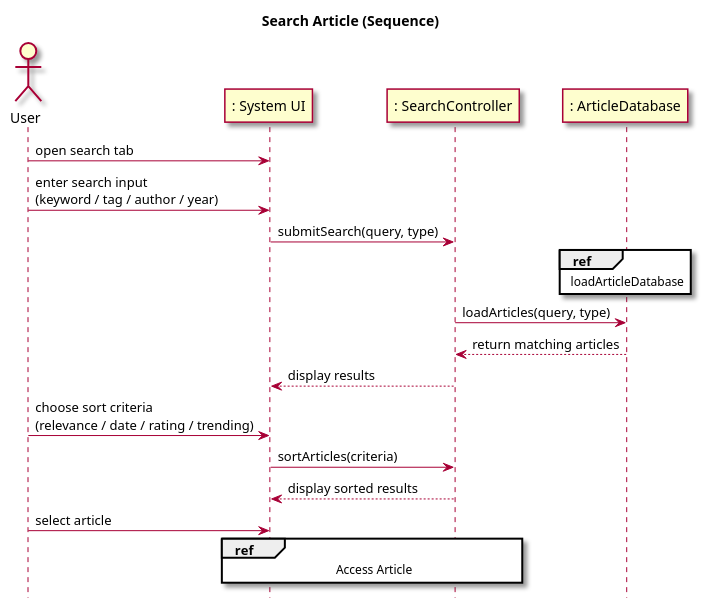
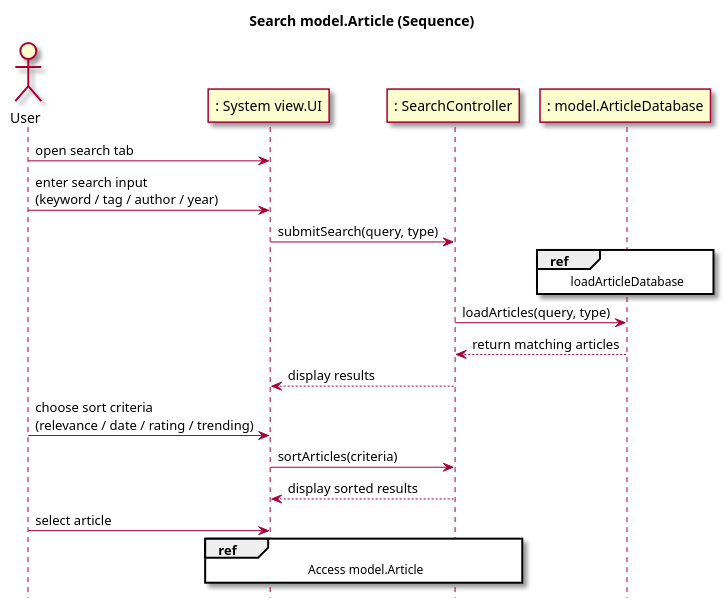
The second of 2 diagrams in intellij/doc/use-cases/search-article.md (owhitleym-ui/EcoScoop), drawn with PlantUML before and after one commit. The commit also changed other lines of this file and 72 other files, not shown here.

Commit message:
Refactored Code to Implemented Model View Controller

````diff
--- a/intellij/doc/use-cases/search-article.md
+++ b/intellij/doc/use-cases/search-article.md
@@ -74,36 +74,36 @@
 ```plantuml
 @startuml
 skin rose
 hide footbox
-title Search Article (Sequence)
+title Search model.Article (Sequence)
 
 actor User
-participant ": System UI" as UI
-participant ": SearchController" as Controller
-participant ": ArticleDatabase" as Database
+participant ": System view.UI" as view.UI
+participant ": SearchController" as controller.Controller
+participant ": model.ArticleDatabase" as Database
 
-User -> UI : open search tab
-User -> UI : enter search input\n(keyword / tag / author / year)
-UI -> Controller : submitSearch(query, type)
+User -> view.UI : open search tab
+User -> view.UI : enter search input\n(keyword / tag / author / year)
+view.UI -> controller.Controller : submitSearch(query, type)
 
 ref over Database 
 loadArticleDatabase
 end ref
 
-Controller -> Database : loadArticles(query, type)
-Database --> Controller : return matching articles
+controller.Controller -> Database : loadArticles(query, type)
+Database --> controller.Controller : return matching articles
 
-Controller --> UI : display results
-User -> UI : choose sort criteria\n(relevance / date / rating / trending)
-UI -> Controller : sortArticles(criteria)
-Controller --> UI : display sorted results
+controller.Controller --> view.UI : display results
+User -> view.UI : choose sort criteria\n(relevance / date / rating / trending)
+view.UI -> controller.Controller : sortArticles(criteria)
+controller.Controller --> view.UI : display sorted results
 
 
-User -> UI : select article
-ref over UI, Controller
-  Access Article
+User -> view.UI : select article
+ref over view.UI, controller.Controller
+  Access model.Article
 end ref
 
 @enduml
 
 ```
````
